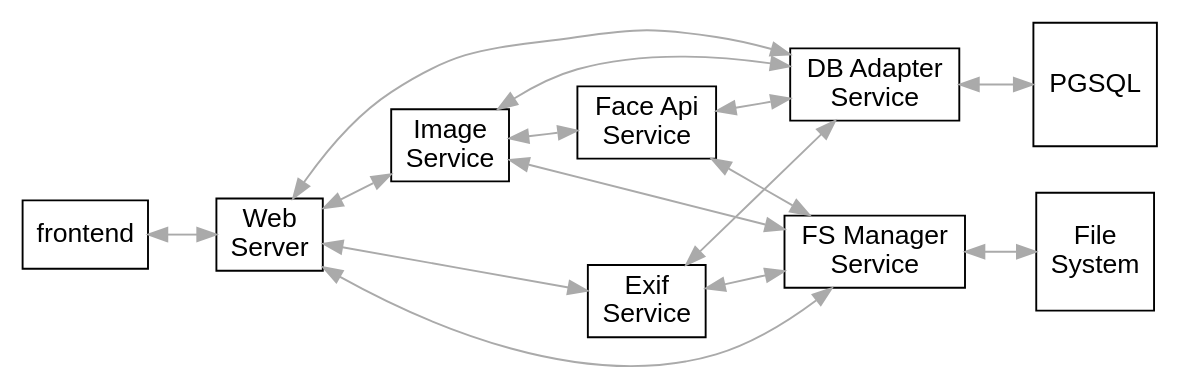
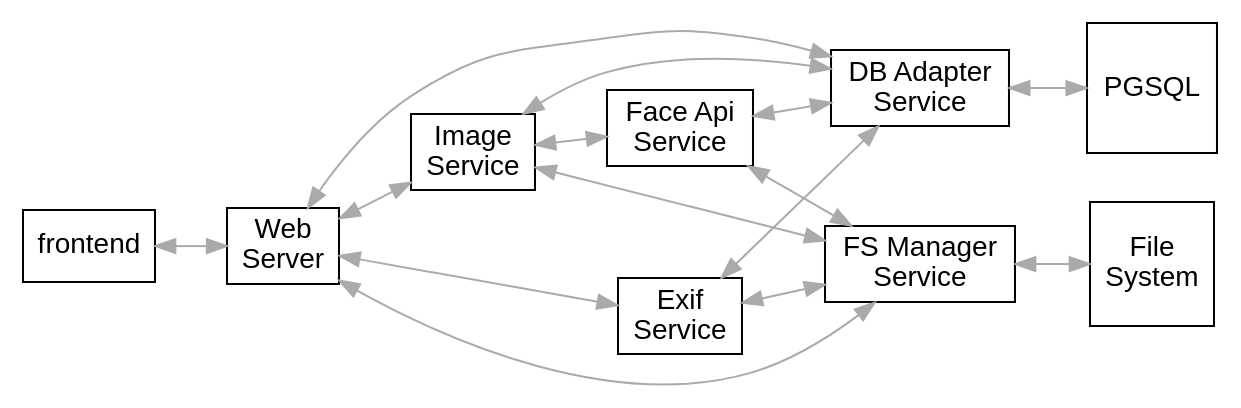
Before and after one commit to Yokeshthirumoorthi/kuruvi: the diagram in docs/architecture-diagram.dot, drawn with Graphviz. The commit also changed 1 other file, not shown here.

Commit message:
fix arch img size

```diff
--- a/docs/architecture-diagram.dot
+++ b/docs/architecture-diagram.dot
@@ -1,50 +1,50 @@
 /***********************************************************
 
 		To generate architecture diagram, run the below
 		command from the root of the project
 
 		$ dot -Tpng docs/architecture-diagram.dot -o docs/img/architecture-diagram.png
 
 ************************************************************/
 
 digraph finite_state_machine {
   rankdir=LR;
-	size="8,4";
+	// size="8,4";
 	// square brackets hold attributes
 	node [fontname=Arial fixedsize=false shape=polygon sides=4]
 	edge [arrowhead=normal dir=both color="#aaaaaa"]
 
   ws[ label="Web \nServer" ]
 	db_adapter[ label="DB Adapter \nService"]
   exif[ label="Exif \nService"]
 	img_resize[ label="Image \nService"]
 	face_api[ label="Face Api \nService"]
 	fs_manager[ label="FS Manager \nService"]
 	fs[ label="File \nSystem" shape="square"]
   db[ label="PGSQL" shape="square"]
 	frontend[ shape="box"]
 
 	/*****************************
 	 Do the image meta processing as
 	 soon the image is uploaded
 	*****************************/
 	frontend -> ws -> {exif, img_resize}
 
 	/*****************************
 		And these services are expected to run async
 	*****************************/
 	{rank=L1; exif, img_resize}
 	{rank=L2; db_adapter, fs_manager}
 
 	/*****************************
 		All the services are connected
 		to db and file system
 	*****************************/
 	{ws, exif, face_api, img_resize}
 		-> db_adapter	-> db
 
 	{ws, exif, face_api, img_resize}
 		-> fs_manager -> fs
 
 	img_resize -> face_api
 }
```
